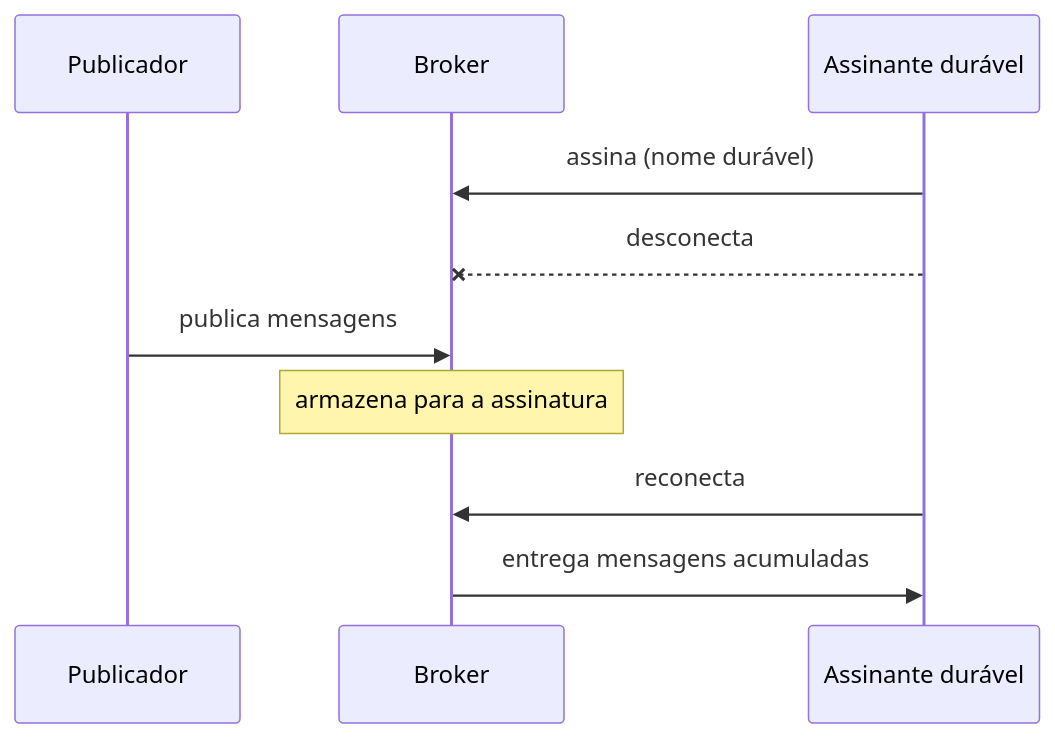
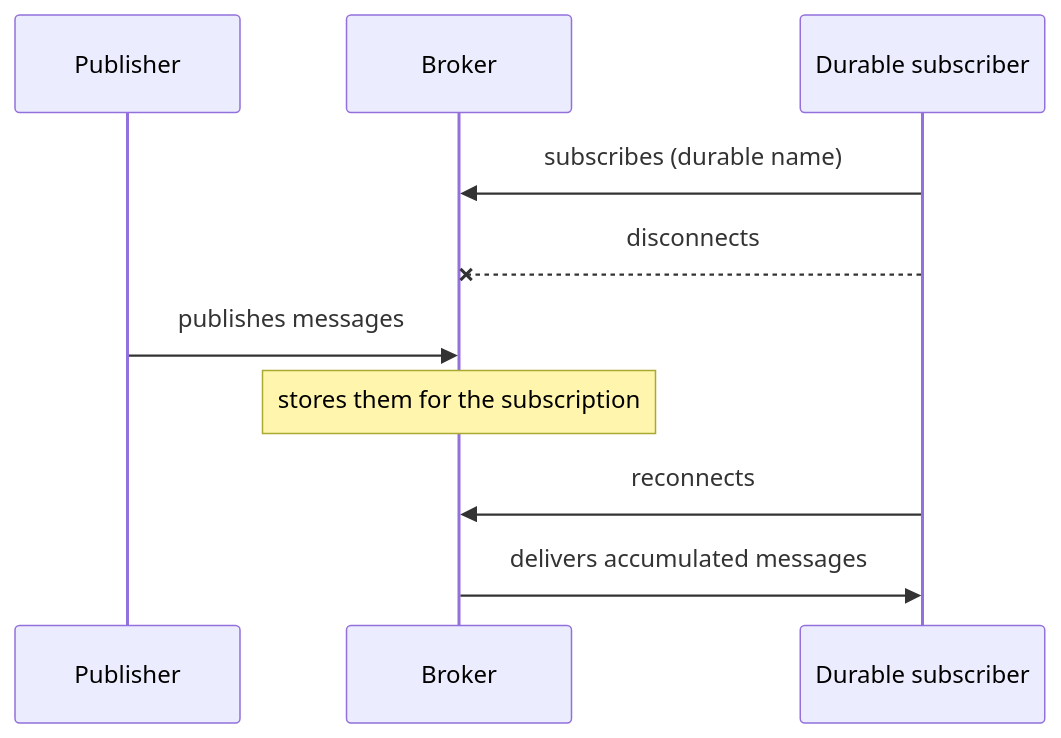
The diagram in docs/architecture/eip/messaging-endpoints/durable-subscriber.md (alancesar/design-patterns), drawn with Mermaid before and after one commit. The commit also changed 258 other files, not shown here.

First line of the commit message:
Translate Mermaid diagrams to English

````diff
--- a/docs/architecture/eip/messaging-endpoints/durable-subscriber.md
+++ b/docs/architecture/eip/messaging-endpoints/durable-subscriber.md
@@ -48,12 +48,12 @@
 ```mermaid
 sequenceDiagram
-    participant P as Publicador
+    participant P as Publisher
     participant B as Broker
-    participant S as Assinante durável
-    S->>B: assina (nome durável)
-    S--xB: desconecta
-    P->>B: publica mensagens
-    Note over B: armazena para a assinatura
-    S->>B: reconecta
-    B->>S: entrega mensagens acumuladas
+    participant S as Durable subscriber
+    S->>B: subscribes (durable name)
+    S--xB: disconnects
+    P->>B: publishes messages
+    Note over B: stores them for the subscription
+    S->>B: reconnects
+    B->>S: delivers accumulated messages
 ```
````
